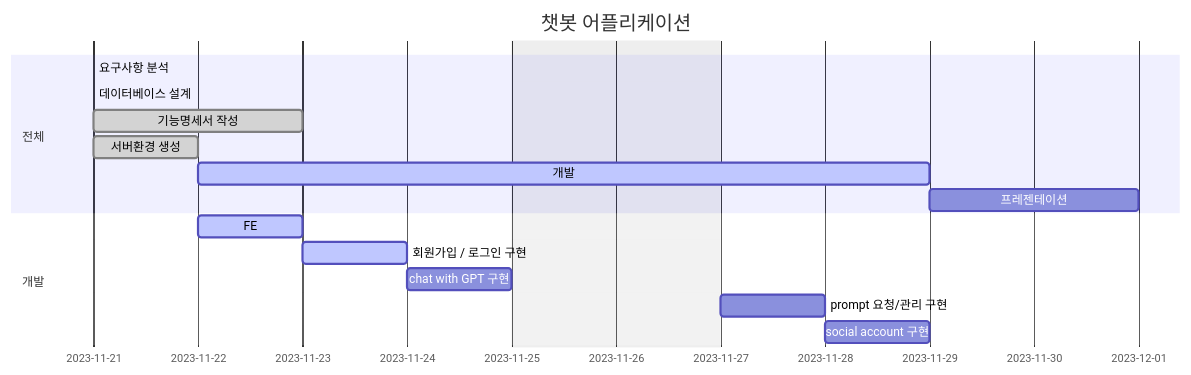
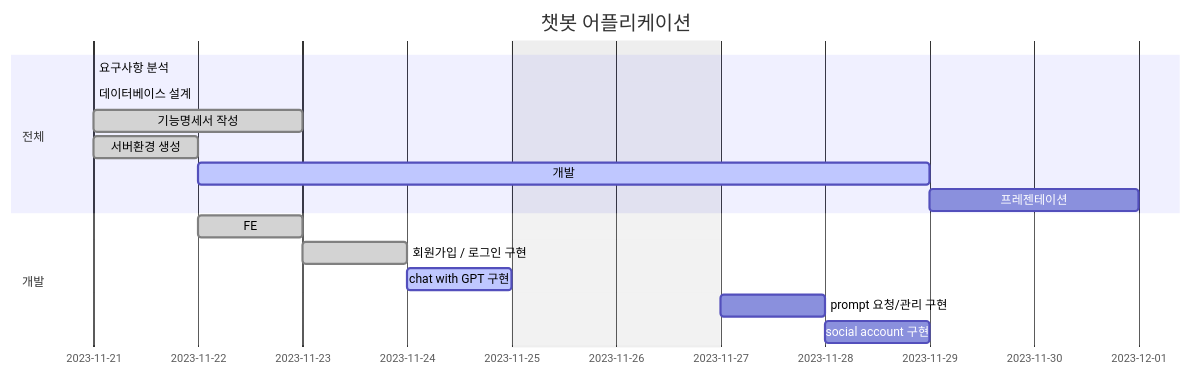
The first of 2 diagrams in readme.md (jmp7911/mid2_django_drf), drawn with Mermaid before and after one commit.

Commit message:
:memo: Update readme

````diff
--- a/readme.md
+++ b/readme.md
@@ -47,25 +47,25 @@
 ```mermaid
 gantt
     dateFormat  YYYY-MM-DD
     title       챗봇 어플리케이션
     excludes    weekends
     %% (`excludes` accepts specific dates in YYYY-MM-DD format, days of the week ("sunday") or "weekends", but not the word "weekdays".)
 
     section  전체
     요구사항 분석            :done,    des1, 2023-11-21, 0d
     데이터베이스 설계         :done,  des, 2023-11-21, 0d
     기능명세서 작성         :done,  des2, 2023-11-21, 2d
     서버환경 생성         :done,  des3, 2023-11-21, 1d
     개발                   :active, des4, after des3, 5d
     프레젠테이션             :des5, after des4, 2d
 
     section  개발
-    FE            : active,   dev1, after des3, 1d
-    회원가입 / 로그인 구현 :active,   dev2, after dev1, 1d
-    chat with GPT 구현 :   dev3, after dev2, 1d
+    FE            : done,   dev1, after des3, 1d
+    회원가입 / 로그인 구현 :done,   dev2, after dev1, 1d
+    chat with GPT 구현 :active,   dev3, after dev2, 1d
     prompt 요청/관리 구현 :   dev4, after dev3, 1d 
     social account 구현 :   dev5, after dev4, 1d 
 
     
     
 ```
````
